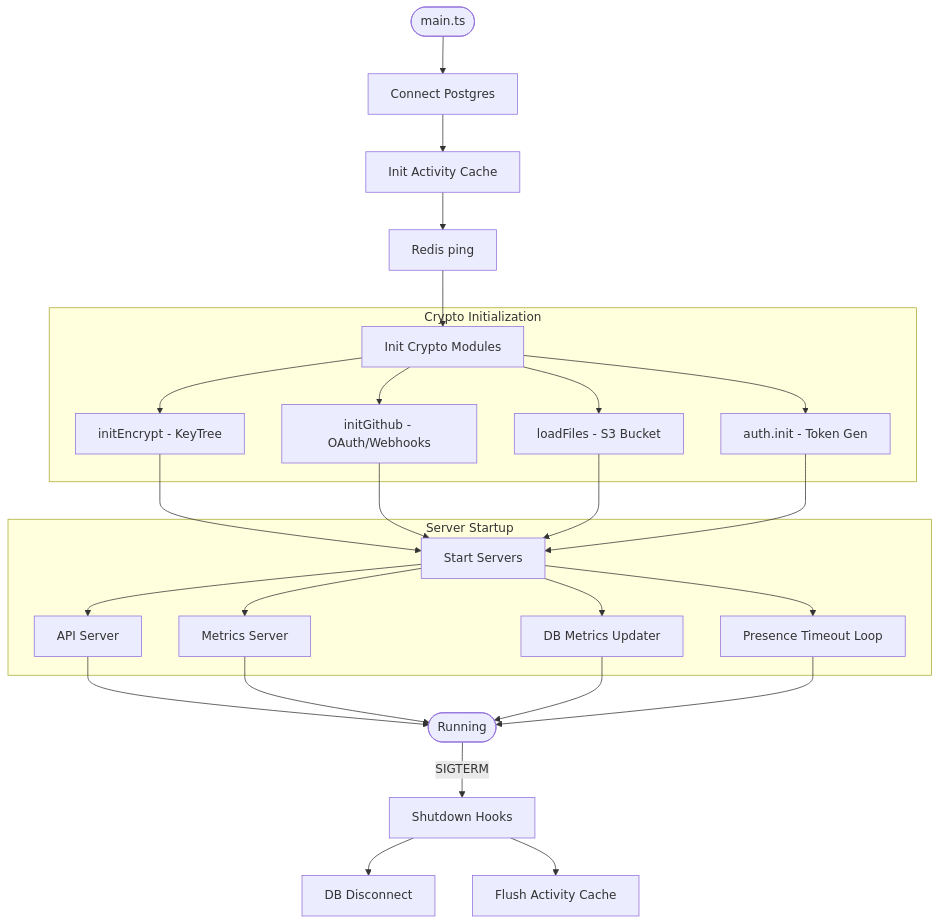
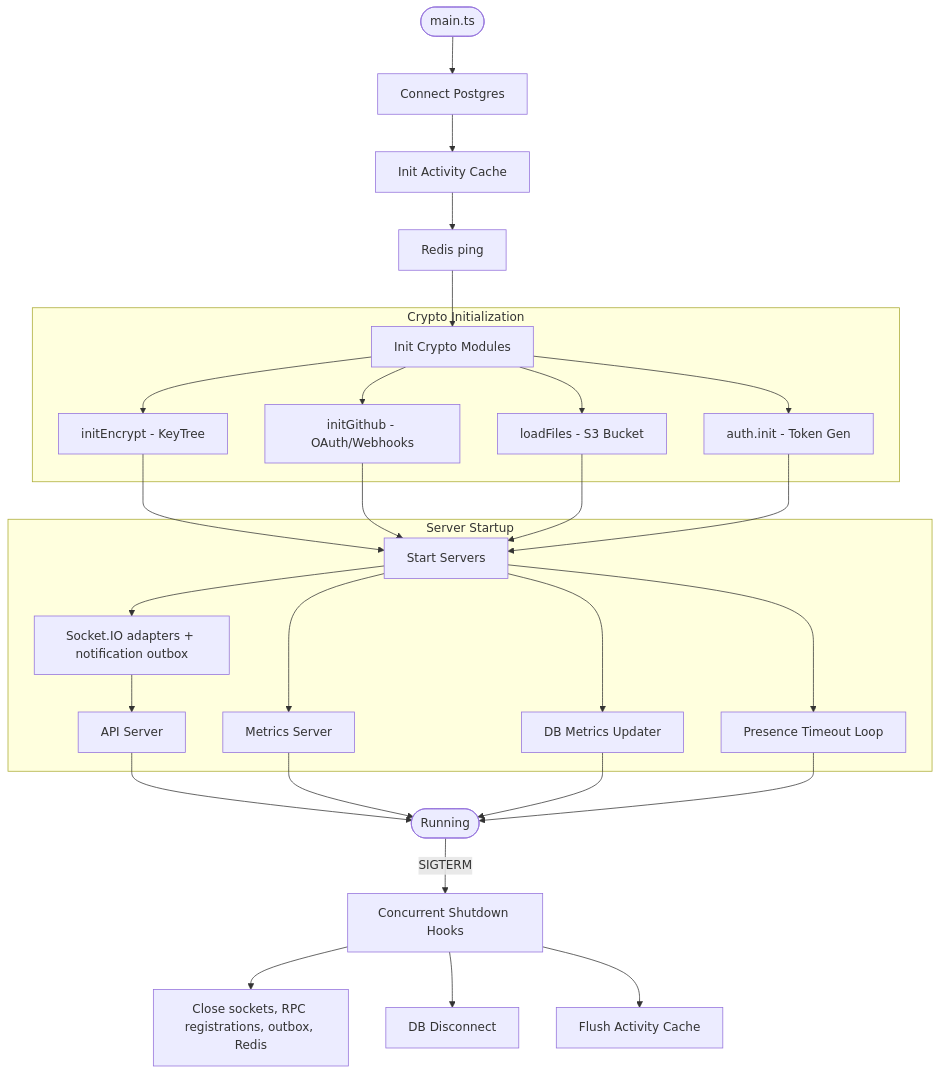
One commit to meow-ch/happy-server changed the second of 9 diagrams in docs/backend-architecture.md. Above: the diagram before and after it, drawn with Mermaid. The commit also changed other lines of this file and 10 other files, not shown here.

````diff
--- a/docs/backend-architecture.md
+++ b/docs/backend-architecture.md
@@ -52,28 +55,30 @@
 ```mermaid
 flowchart TD
     Start([main.ts]) --> DB[Connect Postgres]
     DB --> Cache[Init Activity Cache]
     Cache --> Redis[Redis ping]
     Redis --> Crypto[Init Crypto Modules]
 
     subgraph Crypto Initialization
         Crypto --> Encrypt[initEncrypt - KeyTree]
         Crypto --> GitHub[initGithub - OAuth/Webhooks]
         Crypto --> S3[loadFiles - S3 Bucket]
         Crypto --> Auth[auth.init - Token Gen]
     end
 
     Encrypt & GitHub & S3 & Auth --> Servers[Start Servers]
 
     subgraph Server Startup
-        Servers --> API[API Server]
+        Servers --> Realtime[Socket.IO adapters + notification outbox]
+        Realtime --> API[API Server]
         Servers --> Metrics[Metrics Server]
         Servers --> DBMetrics[DB Metrics Updater]
         Servers --> Presence[Presence Timeout Loop]
     end
 
     API & Metrics & DBMetrics & Presence --> Running([Running])
-    Running --> |SIGTERM| Shutdown[Shutdown Hooks]
+    Running --> |SIGTERM| Shutdown[Concurrent Shutdown Hooks]
+    Shutdown --> SocketStop[Close sockets, RPC registrations, outbox, Redis]
     Shutdown --> DBDisconnect[DB Disconnect]
     Shutdown --> FlushCache[Flush Activity Cache]
 ```
````
